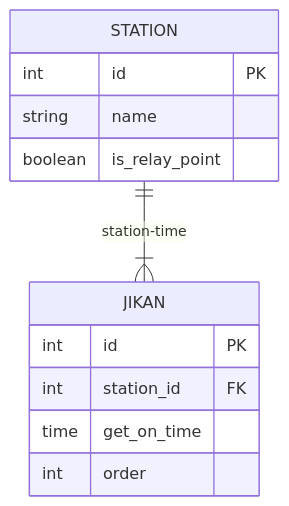
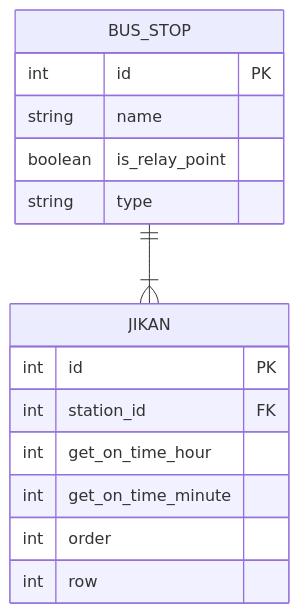
Before and after one commit to taiseifukushi/kbus_timetable: the second of 2 diagrams in doc/diagram.md, drawn with Mermaid. The commit also changed 2 other files, not shown here.

Commit message:
docの更新 #2

````diff
--- a/doc/diagram.md
+++ b/doc/diagram.md
@@ -31,15 +31,19 @@
 ```mermaid
 erDiagram
-    STATION ||--|{ JIKAN: station-time
-    STATION {
+    BUS_STOP ||--|{ JIKAN: ""
+
+    BUS_STOP {
         int id PK
         string name
         boolean is_relay_point
+        string type
     }
     JIKAN {
         int id PK
         int station_id FK
-        time get_on_time
+        int get_on_time_hour
+        int get_on_time_minute
         int order
+        int row
     }
 ```
````
